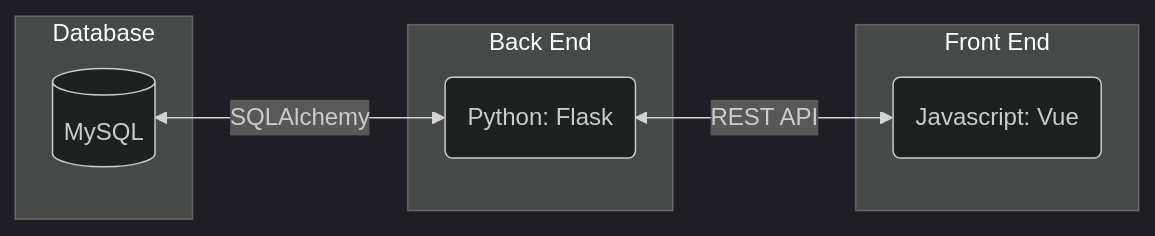
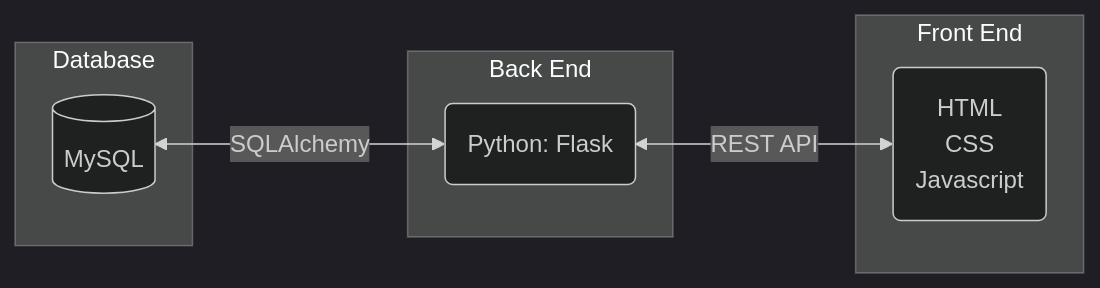
The first of 6 diagrams in README.md (bengoh815/cs506-project), drawn with Mermaid (dark theme) before and after one commit. The commit also changed other lines of this file, not shown here.

Commit message:
System Architecture Diagram Done

````diff
--- a/README.md
+++ b/README.md
@@ -118,17 +100,17 @@
 ```mermaid
 flowchart RL
 subgraph Front End
-	A(Javascript: Vue)
+	A(HTML \n CSS\n Javascript)
 end
 	
 subgraph Back End
 	B(Python: Flask)
 end
 	
 subgraph Database
 	C[(MySQL)]
 end
 
 A <-->|"REST API"| B
 B <-->|SQLAlchemy| C
 ```
````
